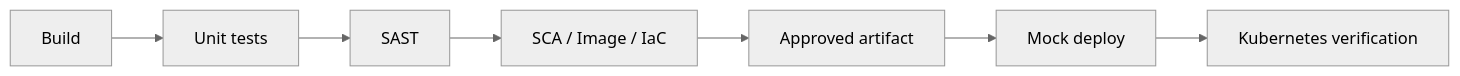
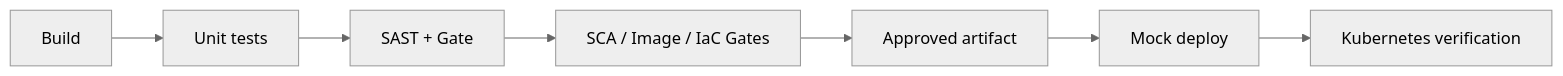
One commit to naolia1211/appsec-secops-case-study changed the diagram in README.md. Above: the diagram before and after it, drawn with Mermaid (neutral theme). The commit also changed other lines of this file and 1 other file, not shown here.

````diff
--- a/README.md
+++ b/README.md
@@ -24,9 +21,9 @@
 ```mermaid
 flowchart LR
     A[Build] --> B[Unit tests]
-    B --> C[SAST]
-    C --> D[SCA / Image / IaC]
+    B --> C[SAST + Gate]
+    C --> D[SCA / Image / IaC Gates]
     D --> E[Approved artifact]
     E --> F[Mock deploy]
     F --> G[Kubernetes verification]
 ```
````
